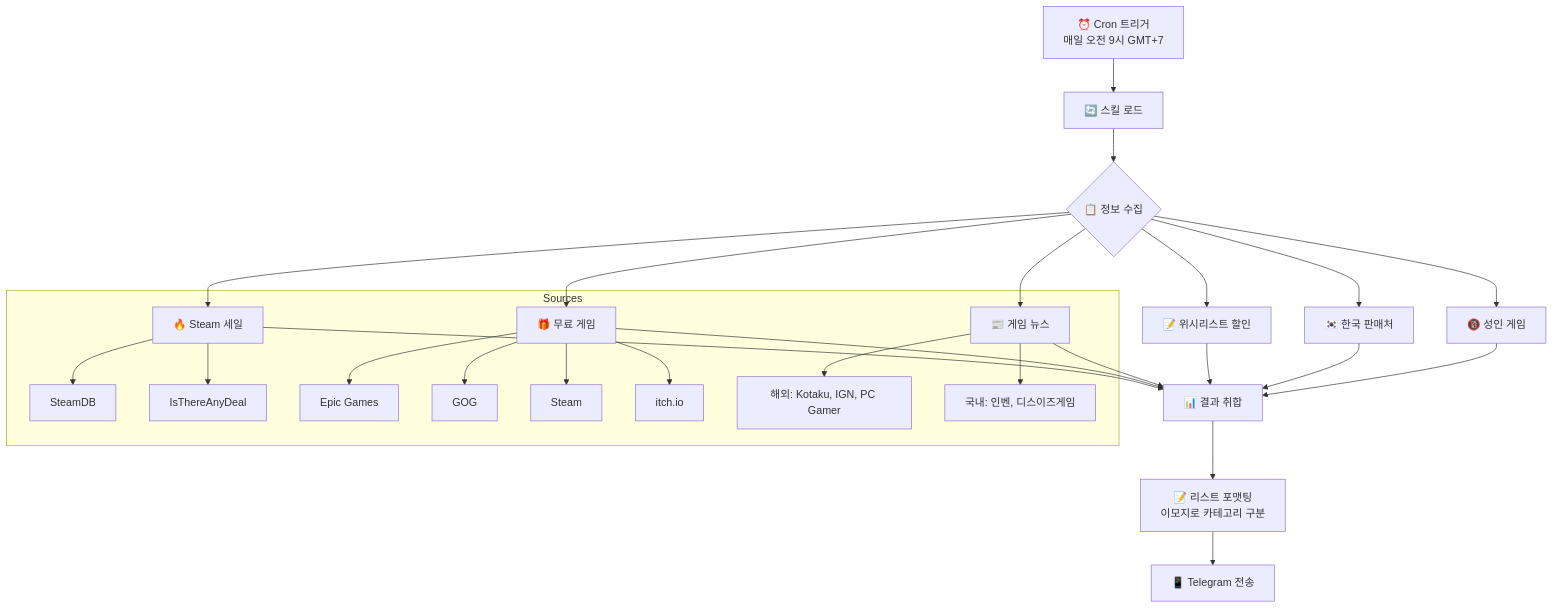
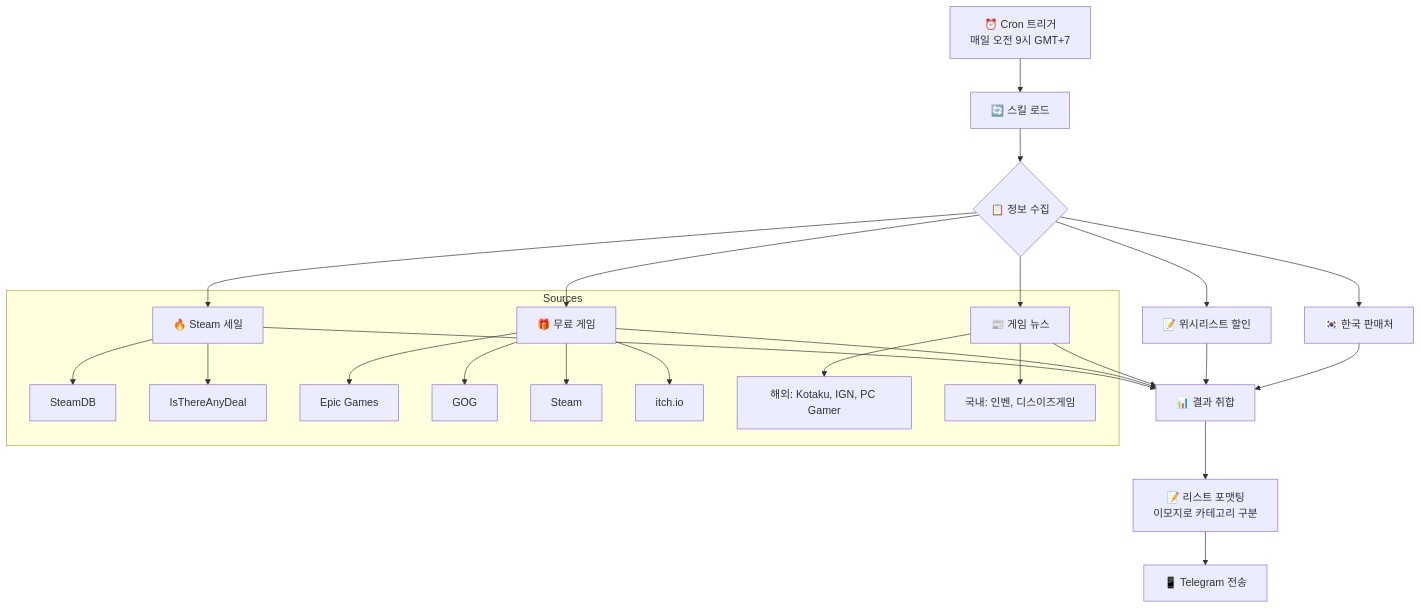
One commit to deuxksy/skill-hot-game-deals-n-news changed the diagram in README.md. Above: the diagram before and after it, drawn with Mermaid. The commit also changed other lines of this file and 2 other files, not shown here.

Commit message:
chore: remove adult games section from skill

````diff
--- a/README.md
+++ b/README.md
@@ -7,34 +7,32 @@
 ```mermaid
 flowchart TD
     A[⏰ Cron 트리거<br/>매일 오전 9시 GMT+7] --> B[🔄 스킬 로드]
     
     B --> C{📋 정보 수집}
     
     C --> D[🔥 Steam 세일]
     C --> E[🎁 무료 게임]
     C --> F[📝 위시리스트 할인]
     C --> G[🇰🇷 한국 판매처]
-    C --> H[🔞 성인 게임]
-    C --> I[📰 게임 뉴스]
+    C --> H[📰 게임 뉴스]
     
-    D --> J[📊 결과 취합]
-    E --> J
-    F --> J
-    G --> J
-    H --> J
-    I --> J
+    D --> I[📊 결과 취합]
+    E --> I
+    F --> I
+    G --> I
+    H --> I
     
-    J --> K[📝 리스트 포맷팅<br/>이모지로 카테고리 구분]
-    K --> L[📱 Telegram 전송]
+    I --> J[📝 리스트 포맷팅<br/>이모지로 카테고리 구분]
+    J --> K[📱 Telegram 전송]
     
     subgraph Sources
         D --> D1[SteamDB]
         D --> D2[IsThereAnyDeal]
         E --> E1[Epic Games]
         E --> E2[GOG]
         E --> E3[Steam]
         E --> E4[itch.io]
-        I --> I1[해외: Kotaku, IGN, PC Gamer]
-        I --> I2[국내: 인벤, 디스이즈게임]
+        H --> H1[해외: Kotaku, IGN, PC Gamer]
+        H --> H2[국내: 인벤, 디스이즈게임]
     end
 ```
````
